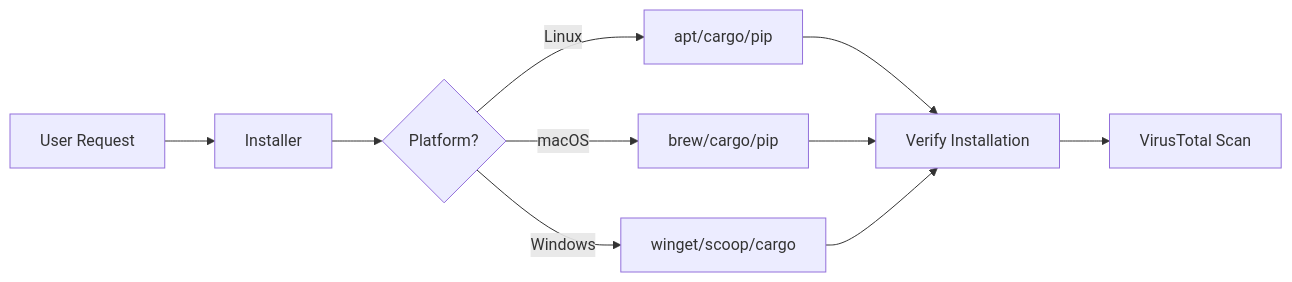
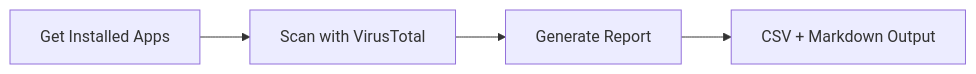
One commit to thisismygitrepo/machineconfig changed the second of 2 diagrams in docs/api/jobs/installer.md. Above: the diagram before and after it, drawn with Mermaid. The commit also changed other lines of this file and 1 other file, not shown here.

````diff
--- a/docs/api/jobs/installer.md
+++ b/docs/api/jobs/installer.md
@@ -21,12 +614,6 @@
 ```mermaid
-graph LR
-    A[User Request] --> B[Installer]
-    B --> C{Platform?}
-    C -->|Linux| D[apt/cargo/pip]
-    C -->|macOS| E[brew/cargo/pip]
-    C -->|Windows| F[winget/scoop/cargo]
-    D --> G[Verify Installation]
-    E --> G
-    F --> G
-    G --> H[VirusTotal Scan]
+flowchart LR
+    A[Get Installed Apps] --> B[Scan with VirusTotal]
+    B --> C[Generate Report]
+    C --> D[CSV + Markdown Output]
 ```
````
